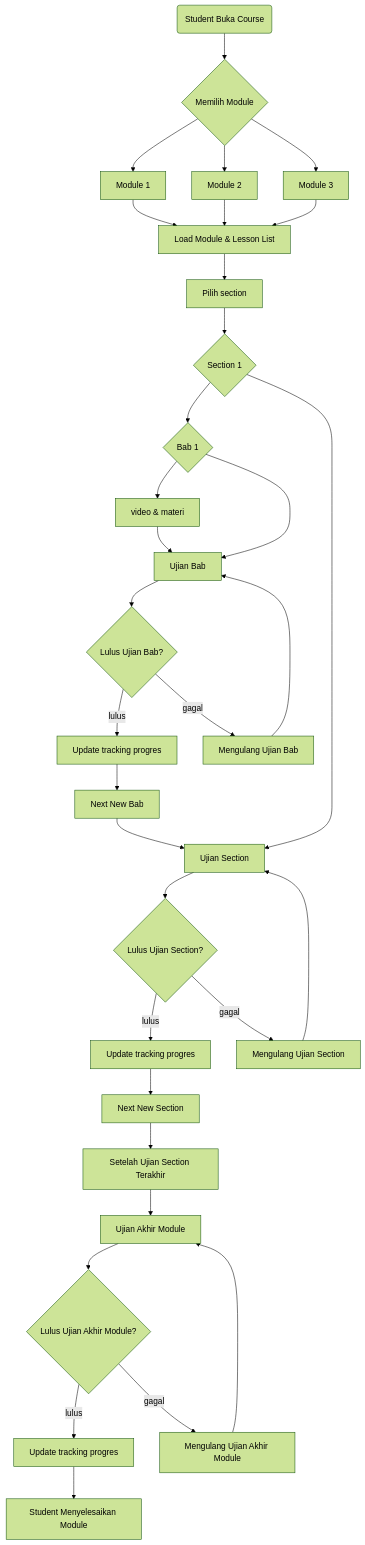
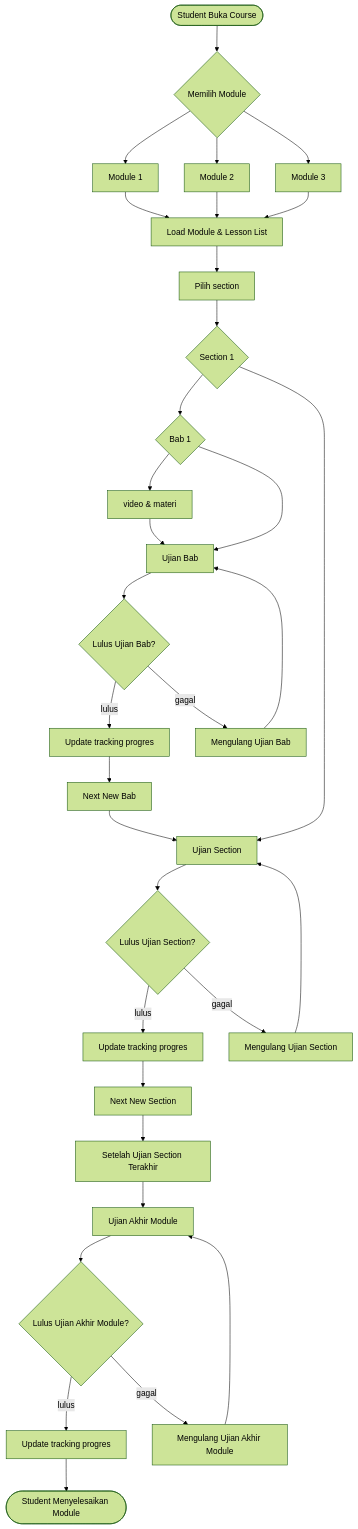
One commit to acountcodm2704-blip/Flow-chart changed the first of 2 diagrams in README.md. Above: the diagram before and after it, drawn with Mermaid (forest theme). The commit also changed other lines of this file, not shown here.

Commit message:
Fix formatting of flowchart nodes in README

````diff
--- a/README.md
+++ b/README.md
@@ -2,40 +2,40 @@
 ```mermaid
 flowchart TD
-A(Student Buka Course) --> B{Memilih Module}
+A([Student Buka Course]) --> B{Memilih Module}
 B --> A2[Module 1]
 B --> A3[Module 2]
 B --> A4[Module 3]
 A2 --> A1
 A3 --> A1
 A4 --> A1[Load Module & Lesson List]
 A1 --> C[Pilih section]
 C --> D{Section 1}
 D --> E{Bab 1}
 D --> F[Ujian Section]
 E --> G[video & materi]
 E --> H[Ujian Bab]
 G --> H
 H --> I{Lulus Ujian Bab?}
 I --> |lulus| J[Update tracking progres]
 I --> |gagal| K[Mengulang Ujian Bab]
 K --> H
 J --> L[Next New Bab]
 L --> F
 F --> M{Lulus Ujian Section?}
 M --> |lulus| N1[Update tracking progres]
 M --> |gagal| O[Mengulang Ujian Section]
 O --> F
 N1 --> N[Next New Section]
 
 
 N --> R[Setelah Ujian Section Terakhir]
 R --> S[Ujian Akhir Module]
 S --> U{Lulus Ujian Akhir Module?}
 U --> |lulus| V[Update tracking progres]
 U --> |gagal| W[Mengulang Ujian Akhir Module]
 W --> S
-V --> X[Student Menyelesaikan Module]
+V --> X([Student Menyelesaikan Module])
 
 
    
 ```
````
